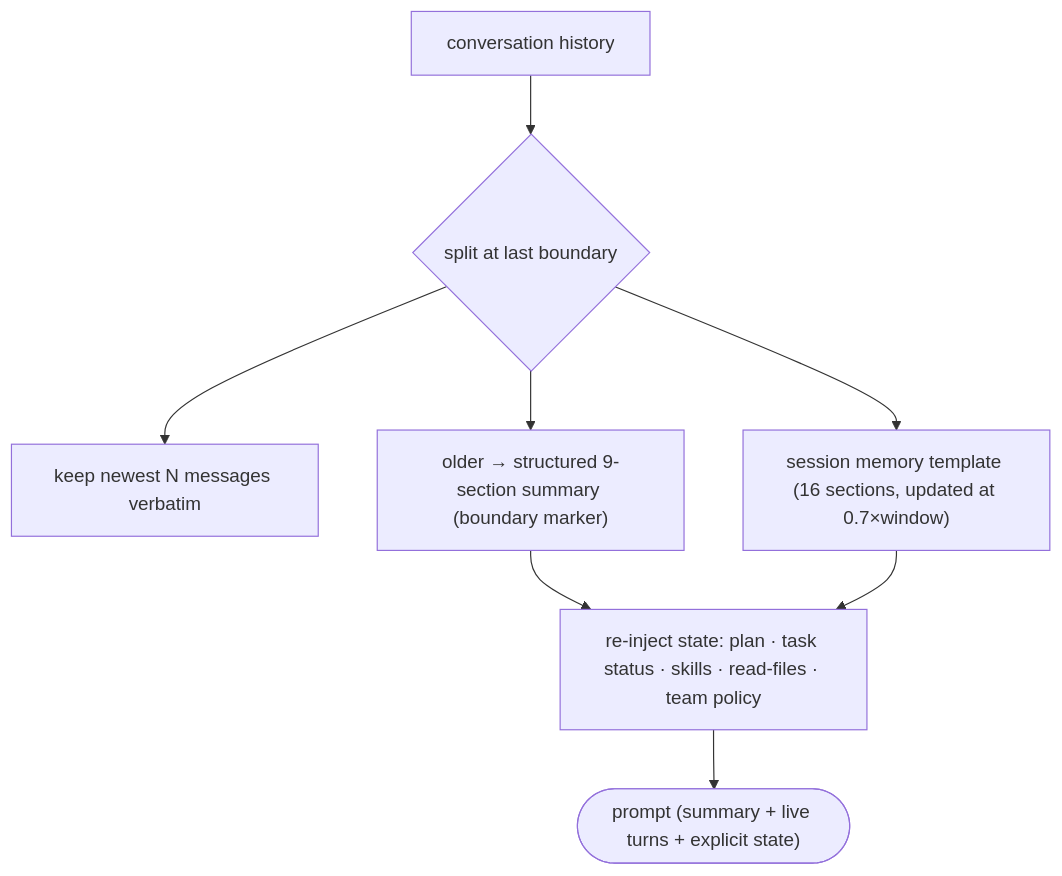
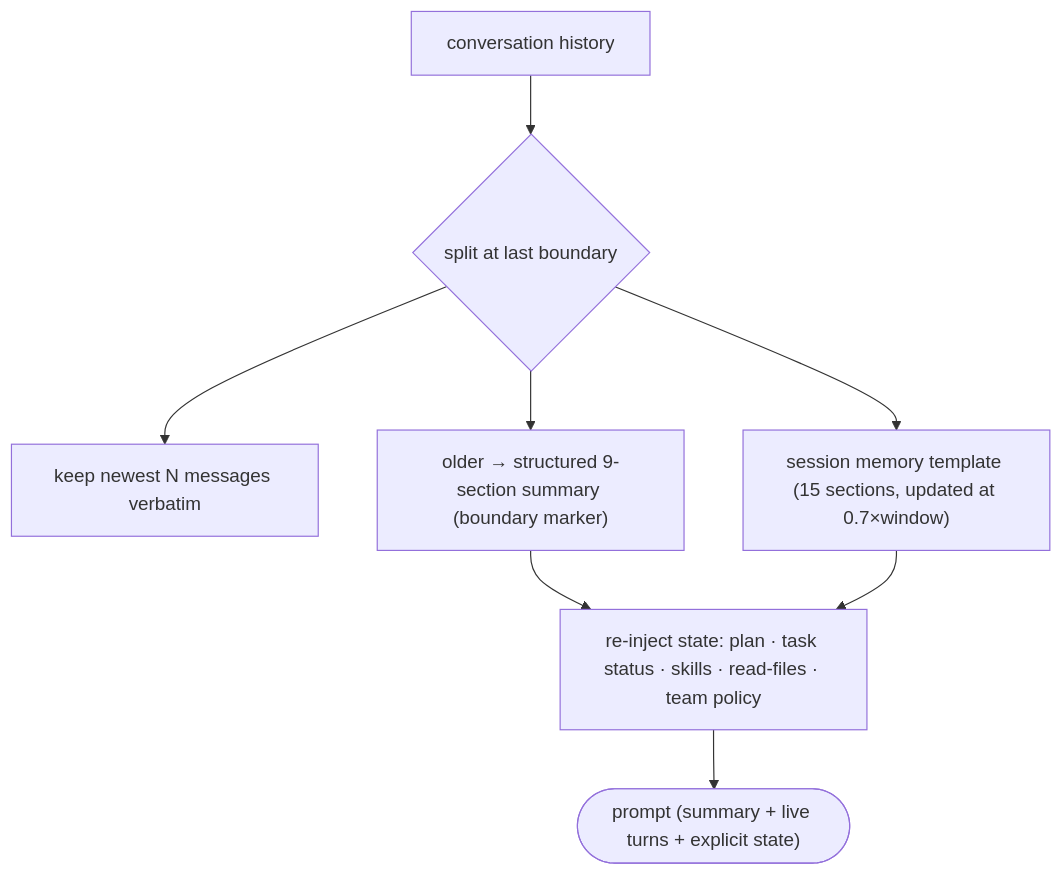
Before and after one commit to michaelatamuk/openjiuwen-jiuwenswarm: diagram 28 of 49 in docs-michael/interview_questions/06-agents-tools-and-memory.md, drawn with Mermaid. The commit also changed other lines of this file and 9 other files, not shown here.

````diff
--- a/docs-michael/interview_questions/06-agents-tools-and-memory.md
+++ b/docs-michael/interview_questions/06-agents-tools-and-memory.md
@@ -689,10 +689,10 @@
 ```mermaid
 flowchart TD
     HIST["conversation history"] --> SPLIT{"split at last boundary"}
     SPLIT --> KEEP["keep newest N messages verbatim"]
     SPLIT --> SUM["older → structured 9-section summary (boundary marker)"]
-    SPLIT --> SMEM["session memory template (16 sections, updated at 0.7×window)"]
+    SPLIT --> SMEM["session memory template (15 sections, updated at 0.7×window)"]
     SUM --> REINJ["re-inject state: plan · task status · skills · read-files · team policy"]
     SMEM --> REINJ
     REINJ --> PROMPT(["prompt (summary + live turns + explicit state)"])
 ```
````
